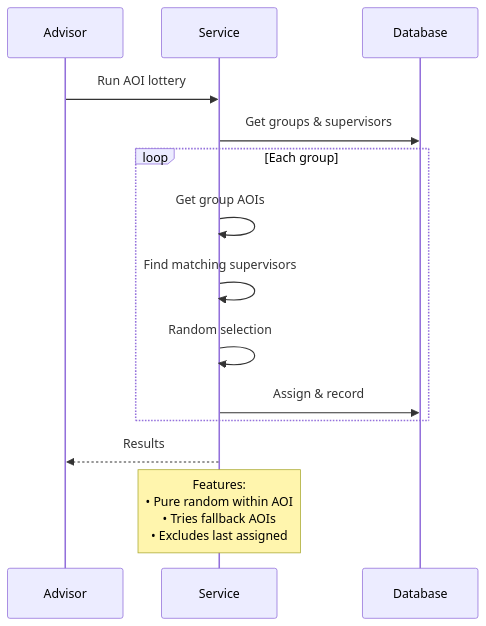
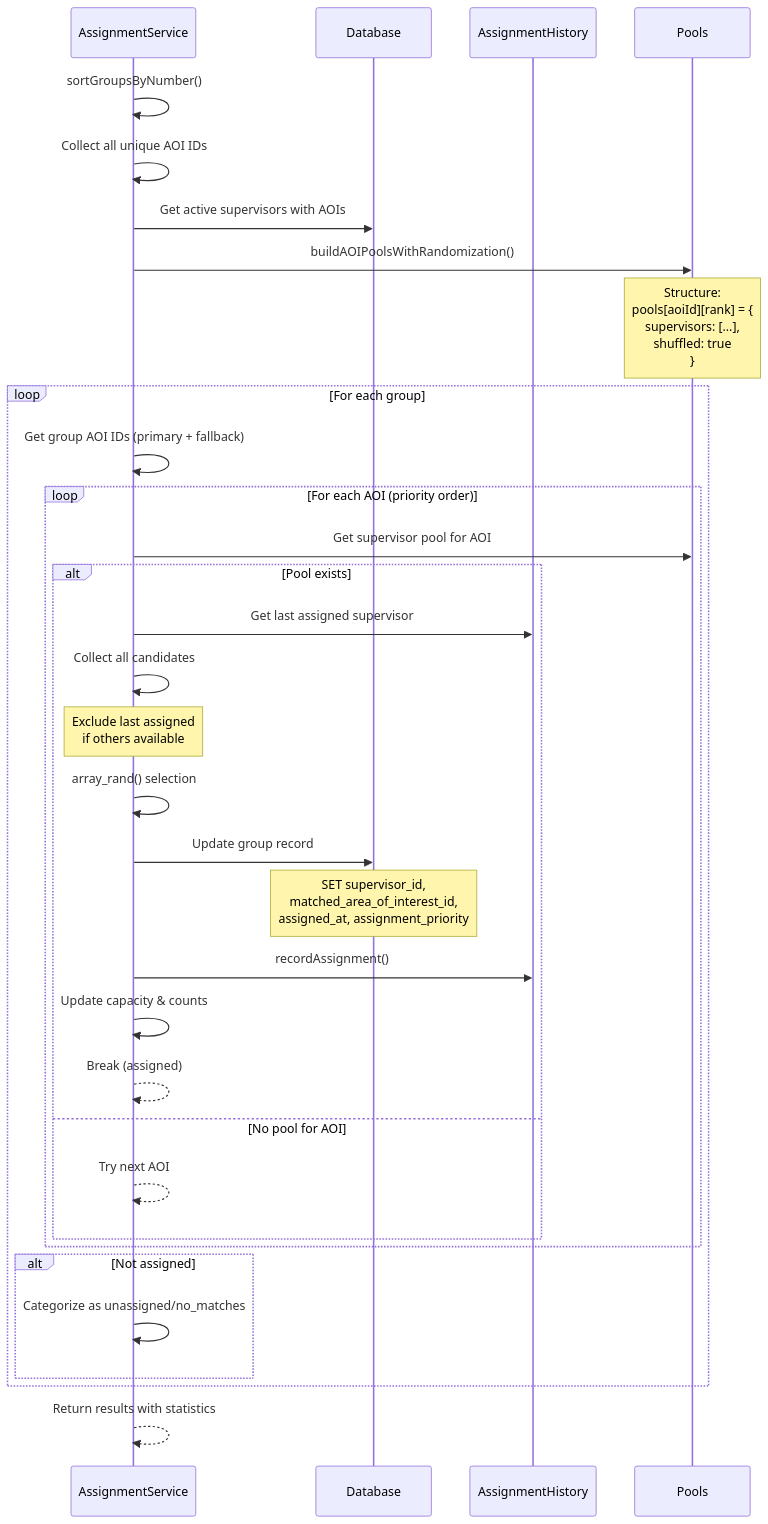
Before and after one commit to abdullah2323442/thesisrepo-backup: diagram 15 of 35 in sequence.md, drawn with Mermaid. The commit also changed other lines of this file, not shown here.

Commit message:
refactor(supervisor-assignment): Revise lottery system to enhance mode selection and improve assignment algorithms for better clarity and functionality

````diff
--- a/sequence.md
+++ b/sequence.md
@@ -309,20 +347,44 @@
 ```mermaid
 sequenceDiagram
-    participant Ad as Advisor
-    participant SAS as Service
+    participant SAS as AssignmentService
     participant DB as Database
+    participant AH as AssignmentHistory
+    participant P as Pools
 
-    Ad->>SAS: Run AOI lottery
-    SAS->>DB: Get groups & supervisors
+    SAS->>SAS: sortGroupsByNumber()
+    SAS->>SAS: Collect all unique AOI IDs
+    SAS->>DB: Get active supervisors with AOIs
+    SAS->>P: buildAOIPoolsWithRandomization()
     
-    loop Each group
-        SAS->>SAS: Get group AOIs
-        SAS->>SAS: Find matching supervisors
-        SAS->>SAS: Random selection
-        SAS->>DB: Assign & record
+    Note over P: Structure:<br/>pools[aoiId][rank] = {<br/>  supervisors: [...],<br/>  shuffled: true<br/>}
+    
+    loop For each group
+        SAS->>SAS: Get group AOI IDs (primary + fallback)
+        
+        loop For each AOI (priority order)
+            SAS->>P: Get supervisor pool for AOI
+            
+            alt Pool exists
+                SAS->>AH: Get last assigned supervisor
+                SAS->>SAS: Collect all candidates
+                Note over SAS: Exclude last assigned<br/>if others available
+                
+                SAS->>SAS: array_rand() selection
+                SAS->>DB: Update group record
+                Note over DB: SET supervisor_id,<br/>matched_area_of_interest_id,<br/>assigned_at, assignment_priority
+                
+                SAS->>AH: recordAssignment()
+                SAS->>SAS: Update capacity & counts
+                SAS-->>SAS: Break (assigned)
+            else No pool for AOI
+                SAS-->>SAS: Try next AOI
+            end
+        end
+        
+        alt Not assigned
+            SAS->>SAS: Categorize as unassigned/no_matches
+        end
     end
     
-    SAS-->>Ad: Results
-    
-    Note over SAS: Features:<br/>• Pure random within AOI<br/>• Tries fallback AOIs<br/>• Excludes last assigned
+    SAS-->>SAS: Return results with statistics
 ```
````
